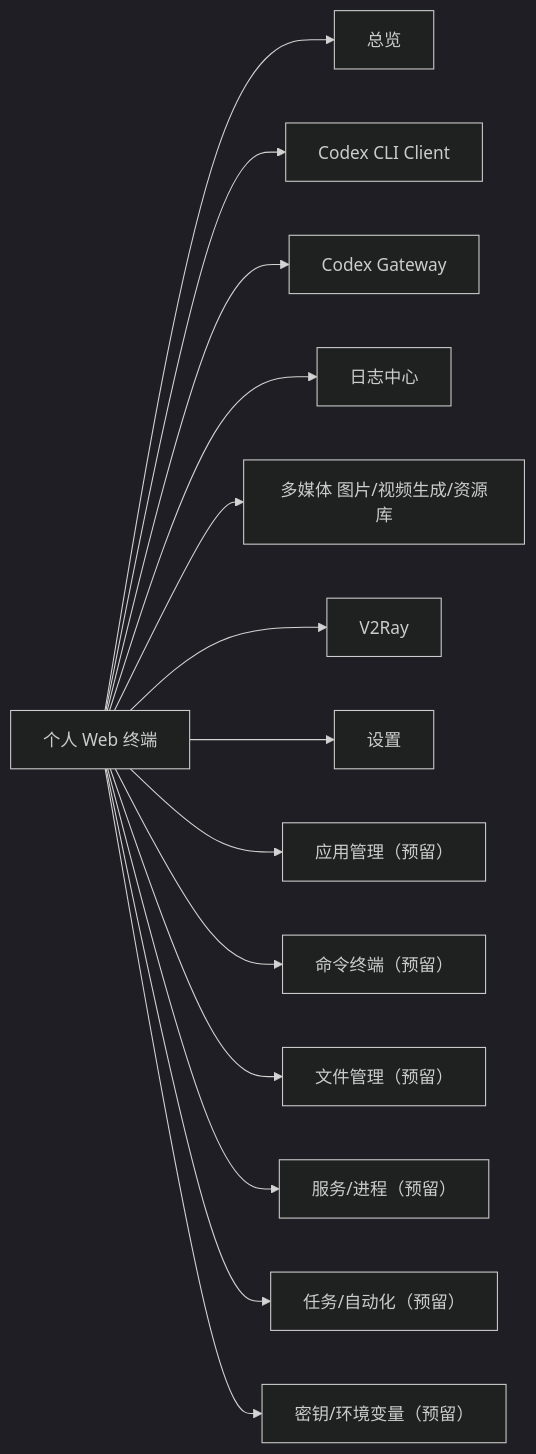
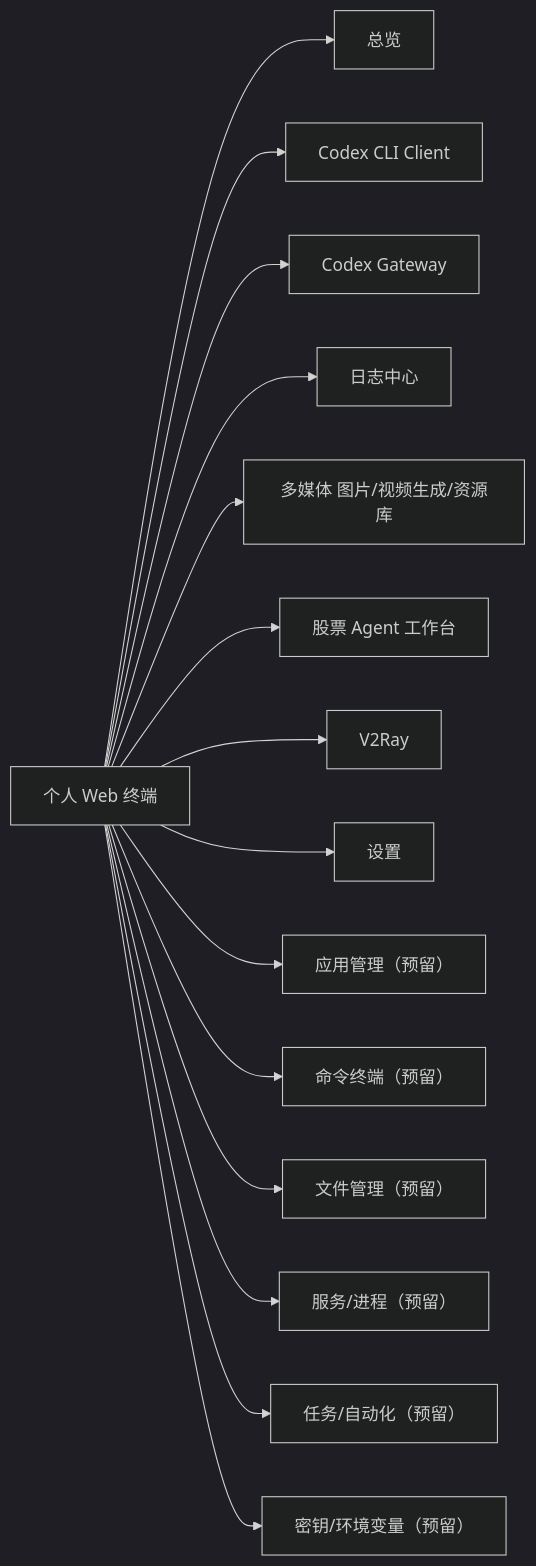
The first of 2 diagrams in docs/personal-web-terminal-product-features.md (NageNalock/phantom-lancer), drawn with Mermaid (dark theme) before and after one commit. The commit also changed other lines of this file and 29 other files, not shown here.

Commit message:
Add stock agent workbench closed loop

````diff
--- a/docs/personal-web-terminal-product-features.md
+++ b/docs/personal-web-terminal-product-features.md
@@ -73,16 +73,17 @@
 ```mermaid
 flowchart LR
   Console["个人 Web 终端"] --> Dashboard["总览"]
   Console --> Codex["Codex CLI Client"]
   Console --> Gateway["Codex Gateway"]
   Console --> Logs["日志中心"]
   Console --> Media["多媒体 图片/视频生成/资源库"]
+  Console --> Stock["股票 Agent 工作台"]
   Console --> V2Ray["V2Ray"]
   Console --> Settings["设置"]
   Console --> Apps["应用管理（预留）"]
   Console --> Shell["命令终端（预留）"]
   Console --> Files["文件管理（预留）"]
   Console --> Services["服务/进程（预留）"]
   Console --> Jobs["任务/自动化（预留）"]
   Console --> Secrets["密钥/环境变量（预留）"]
 ```
````
